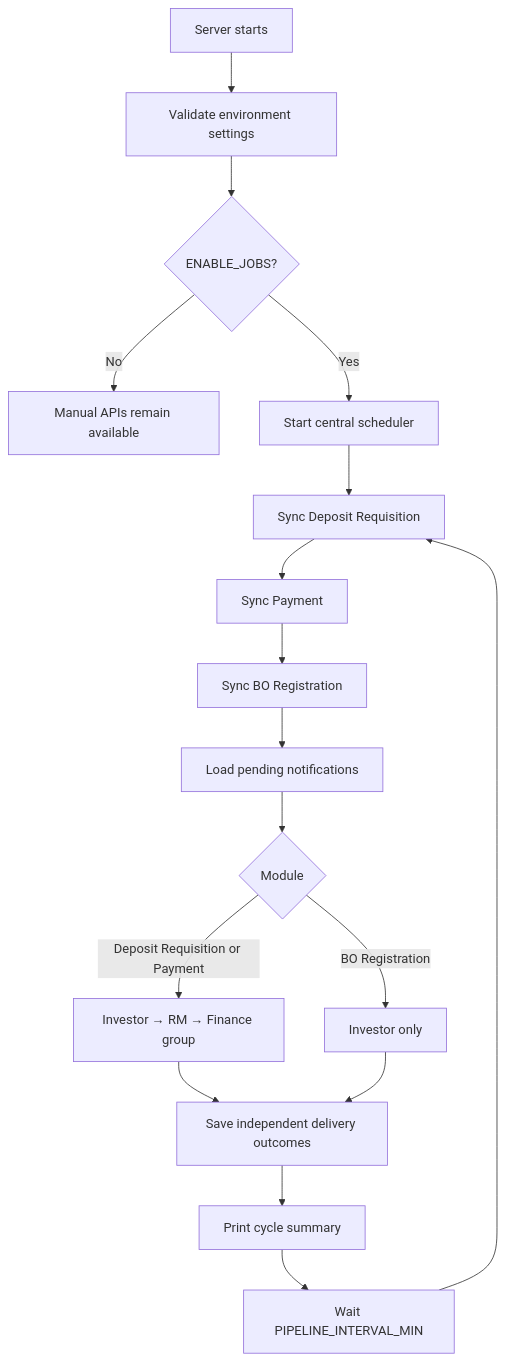
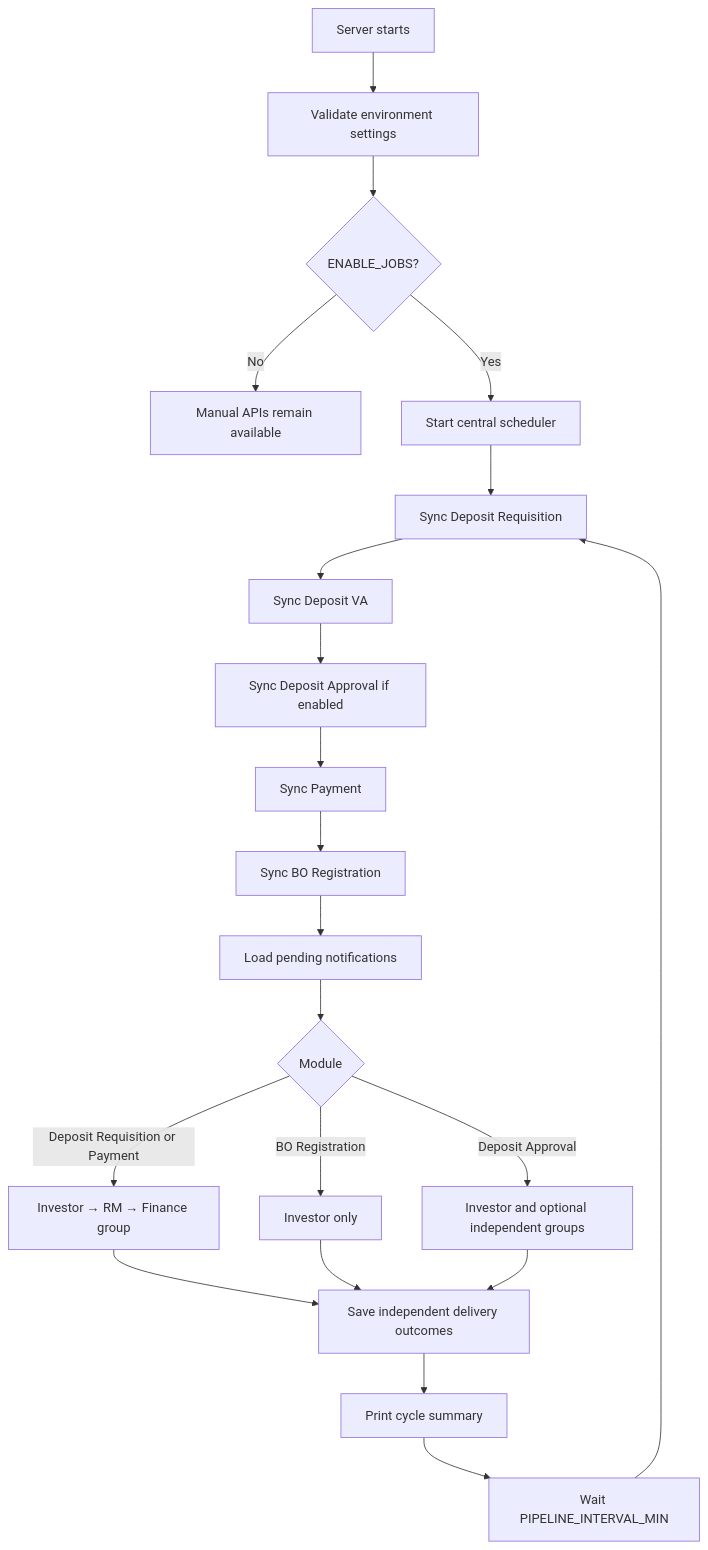
One commit to mdsayem01k/statement-sender changed the diagram in backend/docs/pipeline-flow.md. Above: the diagram before and after it, drawn with Mermaid. The commit also changed other lines of this file and 15 other files, not shown here.

````diff
--- a/backend/docs/pipeline-flow.md
+++ b/backend/docs/pipeline-flow.md
@@ -3,22 +3,26 @@
 ```mermaid
 flowchart TD
     A["Server starts"] --> B["Validate environment settings"]
     B --> C{"ENABLE_JOBS?"}
     C -->|No| D["Manual APIs remain available"]
     C -->|Yes| E["Start central scheduler"]
 
     E --> F["Sync Deposit Requisition"]
-    F --> G["Sync Payment"]
+    F --> VA["Sync Deposit VA"]
+    VA --> AP["Sync Deposit Approval if enabled"]
+    AP --> G["Sync Payment"]
     G --> H["Sync BO Registration"]
     H --> I["Load pending notifications"]
 
     I --> J{"Module"}
     J -->|Deposit Requisition or Payment| K["Investor → RM → Finance group"]
+    J -->|Deposit Approval| APN["Investor and optional independent groups"]
     J -->|BO Registration| L["Investor only"]
 
     K --> M["Save independent delivery outcomes"]
     L --> M
+    APN --> M
     M --> N["Print cycle summary"]
     N --> O["Wait PIPELINE_INTERVAL_MIN"]
     O --> F
 ```
````
